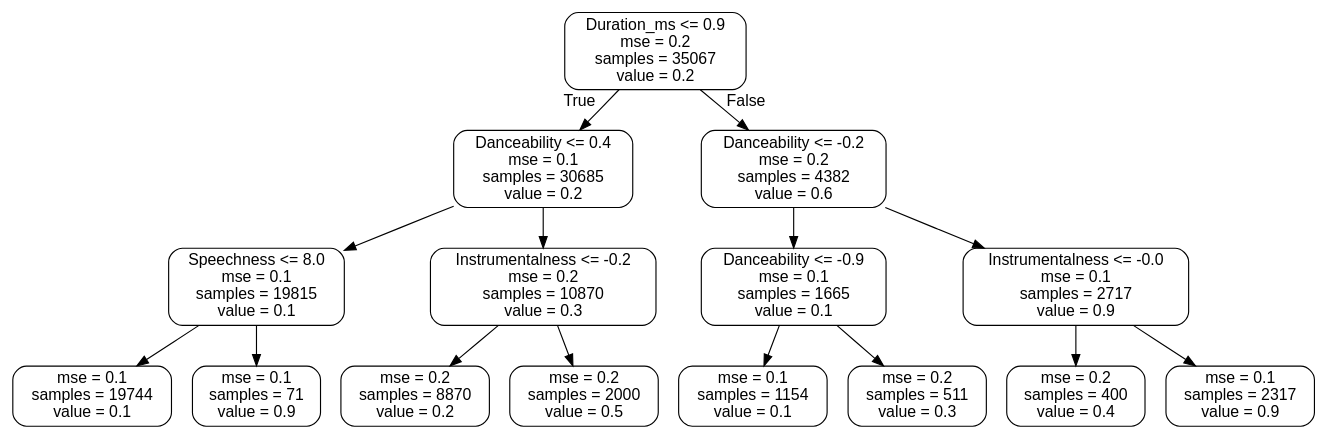
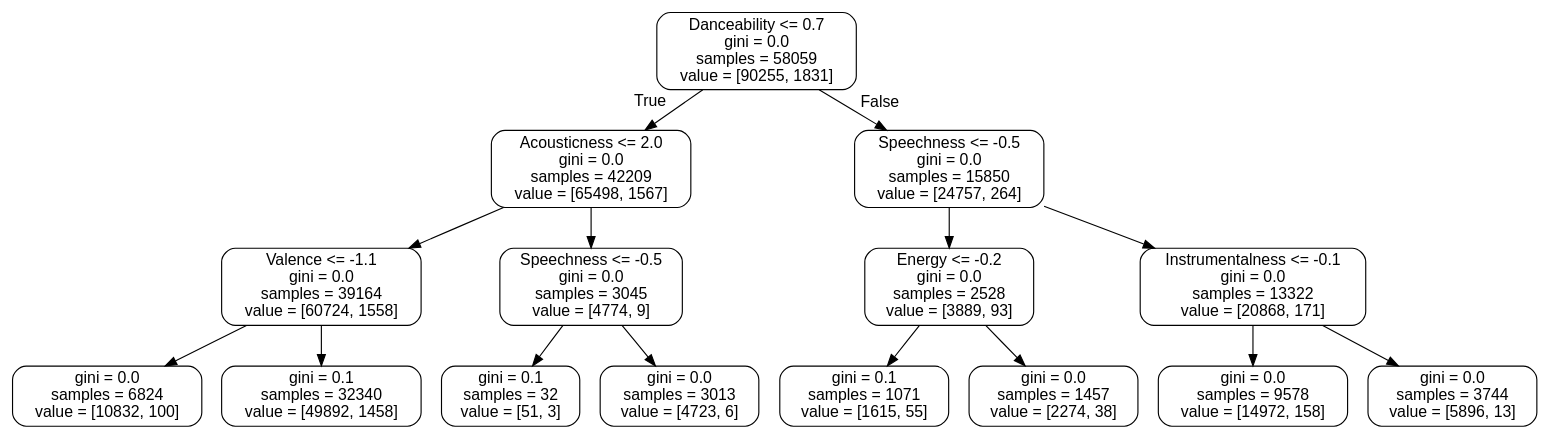
One commit to EmSchoof/Capstone-Project-2 changed the diagram in small_tree.dot. Above: the diagram before and after it, drawn with Graphviz. The commit also changed 14 other files, not shown here.

```diff
--- a/small_tree.dot
+++ b/small_tree.dot
@@ -1,33 +1,33 @@
 digraph Tree {
 node [shape=box, style="rounded", color="black", fontname=helvetica] ;
 edge [fontname=helvetica] ;
-0 [label="Duration_ms <= 0.9\nmse = 0.2\nsamples = 35067\nvalue = 0.2"] ;
-1 [label="Danceability <= 0.4\nmse = 0.1\nsamples = 30685\nvalue = 0.2"] ;
+0 [label="Danceability <= 0.7\ngini = 0.0\nsamples = 58059\nvalue = [90255, 1831]"] ;
+1 [label="Acousticness <= 2.0\ngini = 0.0\nsamples = 42209\nvalue = [65498, 1567]"] ;
 0 -> 1 [labeldistance=2.5, labelangle=45, headlabel="True"] ;
-2 [label="Speechness <= 8.0\nmse = 0.1\nsamples = 19815\nvalue = 0.1"] ;
+2 [label="Valence <= -1.1\ngini = 0.0\nsamples = 39164\nvalue = [60724, 1558]"] ;
 1 -> 2 ;
-3 [label="mse = 0.1\nsamples = 19744\nvalue = 0.1"] ;
+3 [label="gini = 0.0\nsamples = 6824\nvalue = [10832, 100]"] ;
 2 -> 3 ;
-4 [label="mse = 0.1\nsamples = 71\nvalue = 0.9"] ;
+4 [label="gini = 0.1\nsamples = 32340\nvalue = [49892, 1458]"] ;
 2 -> 4 ;
-5 [label="Instrumentalness <= -0.2\nmse = 0.2\nsamples = 10870\nvalue = 0.3"] ;
+5 [label="Speechness <= -0.5\ngini = 0.0\nsamples = 3045\nvalue = [4774, 9]"] ;
 1 -> 5 ;
-6 [label="mse = 0.2\nsamples = 8870\nvalue = 0.2"] ;
+6 [label="gini = 0.1\nsamples = 32\nvalue = [51, 3]"] ;
 5 -> 6 ;
-7 [label="mse = 0.2\nsamples = 2000\nvalue = 0.5"] ;
+7 [label="gini = 0.0\nsamples = 3013\nvalue = [4723, 6]"] ;
 5 -> 7 ;
-8 [label="Danceability <= -0.2\nmse = 0.2\nsamples = 4382\nvalue = 0.6"] ;
+8 [label="Speechness <= -0.5\ngini = 0.0\nsamples = 15850\nvalue = [24757, 264]"] ;
 0 -> 8 [labeldistance=2.5, labelangle=-45, headlabel="False"] ;
-9 [label="Danceability <= -0.9\nmse = 0.1\nsamples = 1665\nvalue = 0.1"] ;
+9 [label="Energy <= -0.2\ngini = 0.0\nsamples = 2528\nvalue = [3889, 93]"] ;
 8 -> 9 ;
-10 [label="mse = 0.1\nsamples = 1154\nvalue = 0.1"] ;
+10 [label="gini = 0.1\nsamples = 1071\nvalue = [1615, 55]"] ;
 9 -> 10 ;
-11 [label="mse = 0.2\nsamples = 511\nvalue = 0.3"] ;
+11 [label="gini = 0.0\nsamples = 1457\nvalue = [2274, 38]"] ;
 9 -> 11 ;
-12 [label="Instrumentalness <= -0.0\nmse = 0.1\nsamples = 2717\nvalue = 0.9"] ;
+12 [label="Instrumentalness <= -0.1\ngini = 0.0\nsamples = 13322\nvalue = [20868, 171]"] ;
 8 -> 12 ;
-13 [label="mse = 0.2\nsamples = 400\nvalue = 0.4"] ;
+13 [label="gini = 0.0\nsamples = 9578\nvalue = [14972, 158]"] ;
 12 -> 13 ;
-14 [label="mse = 0.1\nsamples = 2317\nvalue = 0.9"] ;
+14 [label="gini = 0.0\nsamples = 3744\nvalue = [5896, 13]"] ;
 12 -> 14 ;
 }
```
